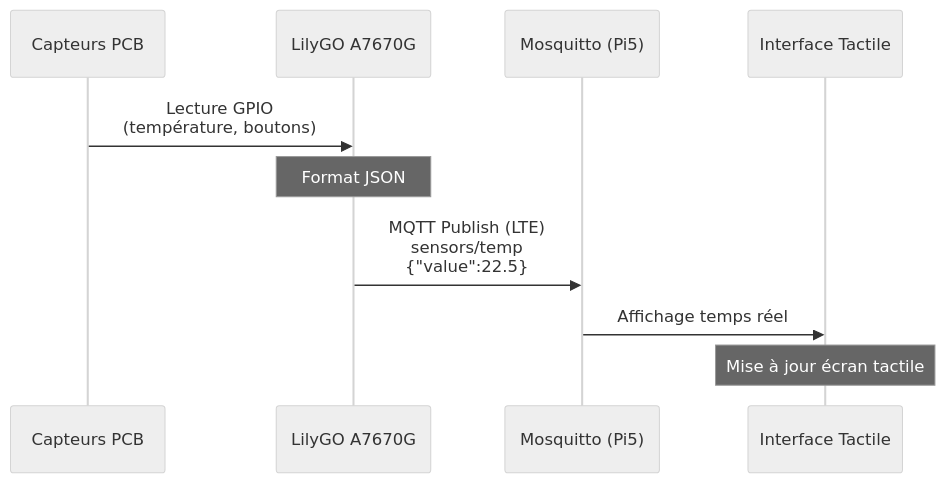
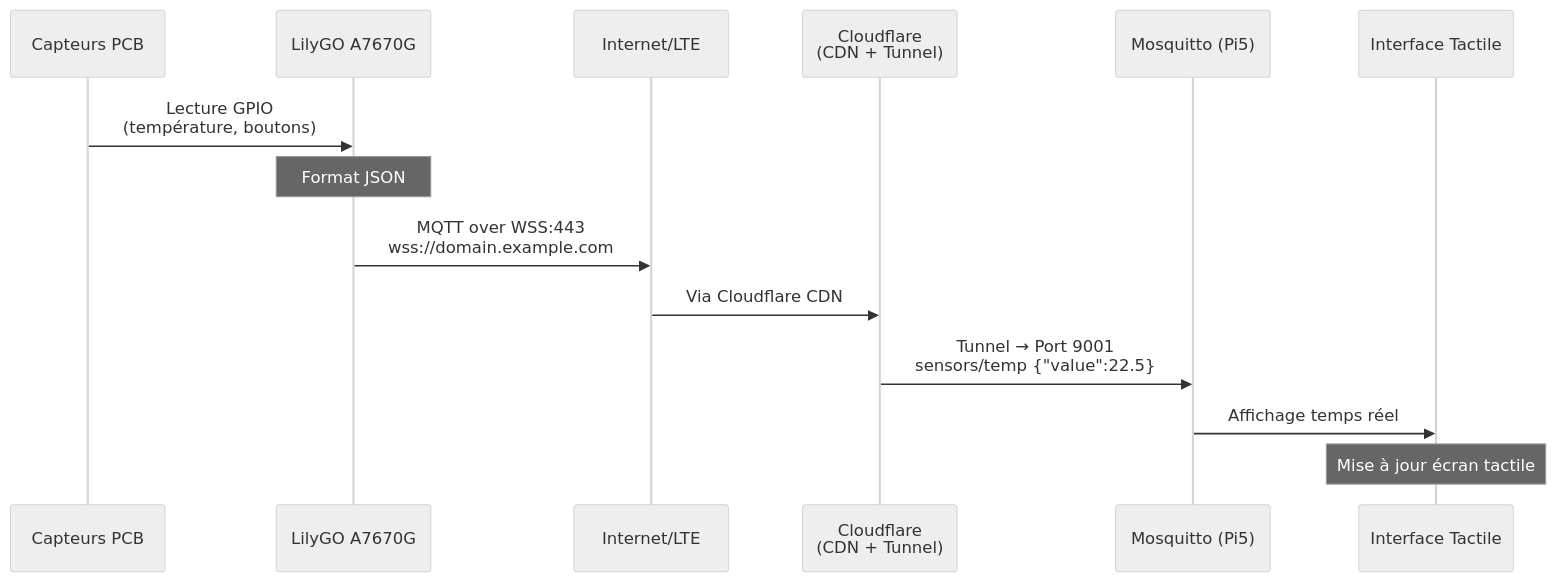
Before and after one commit to fpoisson2/243-4J5-LI: the second of 3 diagrams in architecture-finale-projet.md, drawn with Mermaid (neutral theme). The commit also changed other lines of this file, not shown here.

````diff
--- a/architecture-finale-projet.md
+++ b/architecture-finale-projet.md
@@ -76,13 +76,17 @@
 ```mermaid
 sequenceDiagram
     participant PCB as Capteurs PCB
     participant A7670G as LilyGO A7670G
+    participant LTE as Internet/LTE
+    participant CF as Cloudflare<br/>(CDN + Tunnel)
     participant M as Mosquitto (Pi5)
     participant UI as Interface Tactile
 
     PCB->>A7670G: Lecture GPIO<br/>(température, boutons)
     Note over A7670G: Format JSON
-    A7670G->>M: MQTT Publish (LTE)<br/>sensors/temp<br/>{"value":22.5}
+    A7670G->>LTE: MQTT over WSS:443<br/>wss://domain.example.com
+    LTE->>CF: Via Cloudflare CDN
+    CF->>M: Tunnel → Port 9001<br/>sensors/temp {"value":22.5}
     M->>UI: Affichage temps réel
     Note over UI: Mise à jour écran tactile
 ```
````
